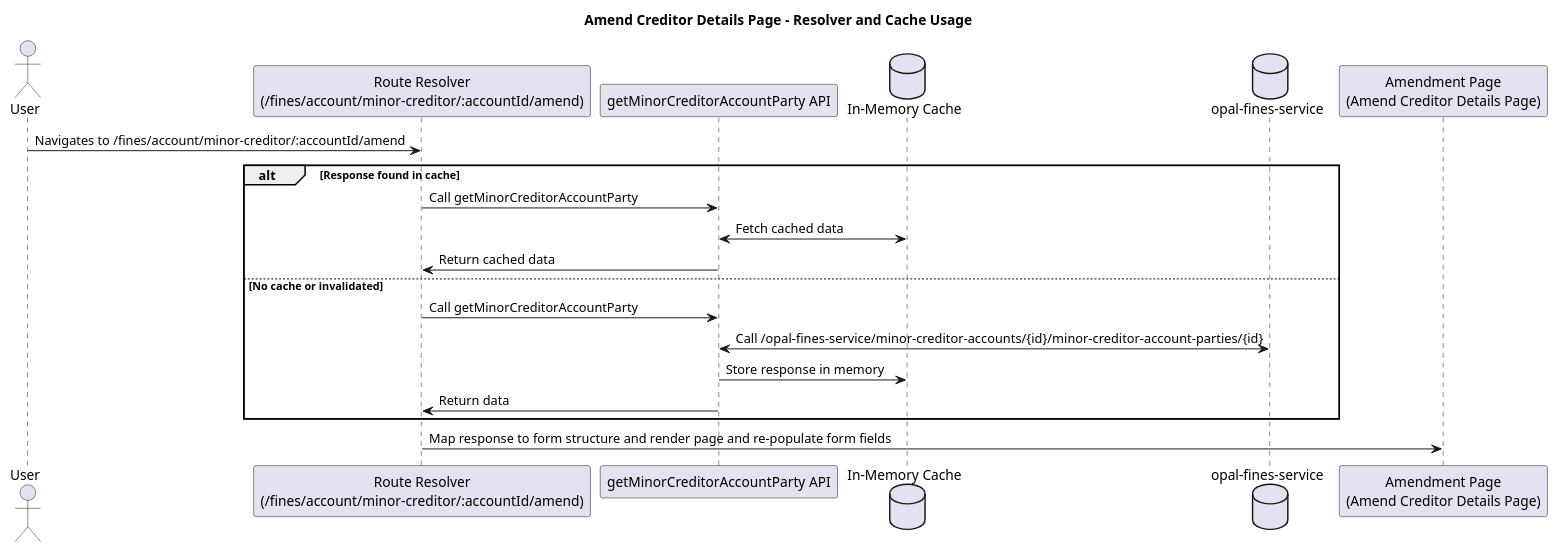
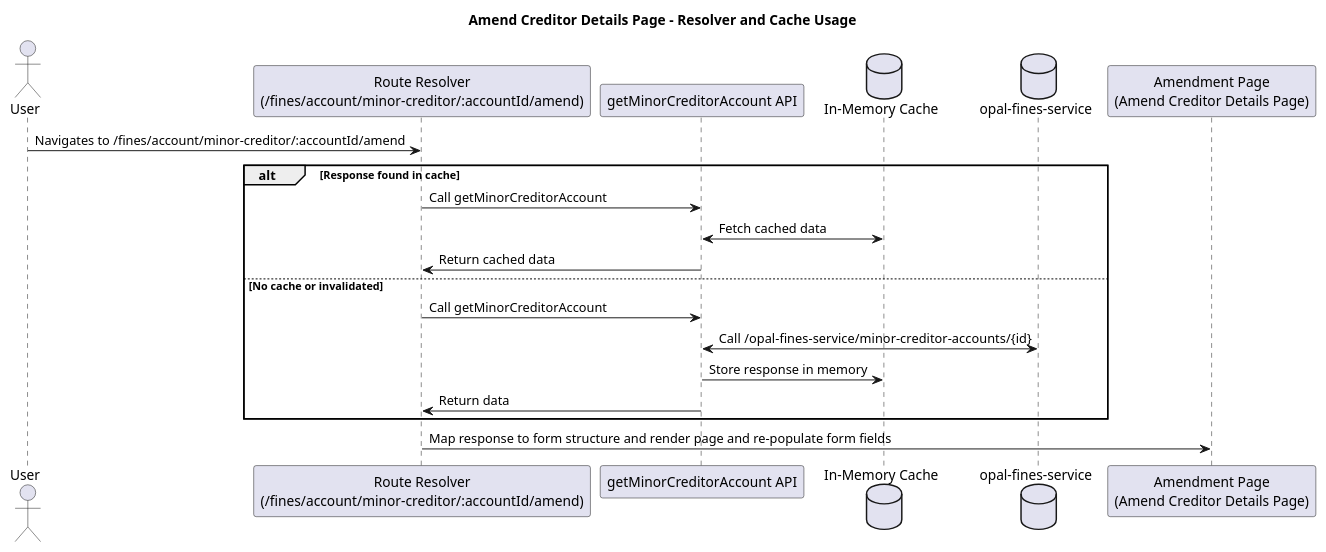
The diagram in plantUML/fae-view-amend-minor creditor/fae-view-amend-creditor-amendment-pages-ui.puml (hmcts/opal-docs), drawn with PlantUML before and after one commit. The commit also changed 1 other file, not shown here.

Commit message:
Fix API participant naming in creditor amendment diagrams

```diff
--- a/plantUML/fae-view-amend-minor creditor/fae-view-amend-creditor-amendment-pages-ui.puml
+++ b/plantUML/fae-view-amend-minor creditor/fae-view-amend-creditor-amendment-pages-ui.puml
@@ -1,25 +1,25 @@
 @startuml
 title Amend Creditor Details Page - Resolver and Cache Usage
 
 actor User
 participant "Route Resolver\n(/fines/account/minor-creditor/:accountId/amend)" as Resolver
-participant "getMinorCreditorAccountParty API" as API
+participant "getMinorCreditorAccount API" as API
 database "In-Memory Cache" as Cache
 database "opal-fines-service" as Backend
 participant "Amendment Page\n(Amend Creditor Details Page)" as Page
 
 User -> Resolver : Navigates to /fines/account/minor-creditor/:accountId/amend
 
 alt Response found in cache
-    Resolver -> API : Call getMinorCreditorAccountParty
+    Resolver -> API : Call getMinorCreditorAccount
     API <-> Cache : Fetch cached data
     API -> Resolver : Return cached data
 else No cache or invalidated
-    Resolver -> API : Call getMinorCreditorAccountParty
-    API <-> Backend : Call  /opal-fines-service/minor-creditor-accounts/{id}/minor-creditor-account-parties/{id} 
+    Resolver -> API : Call getMinorCreditorAccount
+    API <-> Backend : Call  /opal-fines-service/minor-creditor-accounts/{id}
     API -> Cache : Store response in memory
     API -> Resolver : Return data
 end
 
 Resolver -> Page : Map response to form structure and render page and re-populate form fields
 @enduml
```
